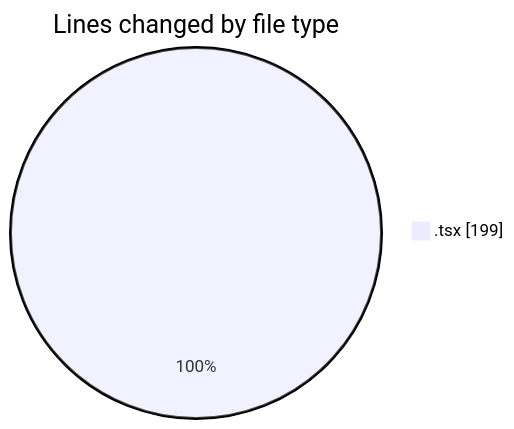
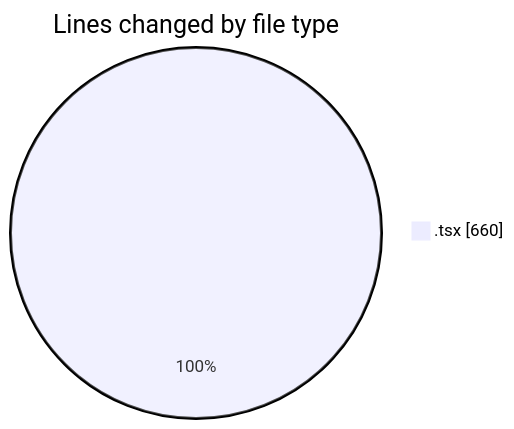
Before and after one commit to julien-gomy/code-tracking: the first of 2 diagrams in 2025-10-17/eventscop-frontend-guide__workspace_/README.md, drawn with Mermaid. The commit also changed other lines of this file and 1 other file, not shown here.

````diff
--- a/2025-10-17/eventscop-frontend-guide__workspace_/README.md
+++ b/2025-10-17/eventscop-frontend-guide__workspace_/README.md
@@ -23,5 +24,5 @@
 ```mermaid
 pie showData
 title Lines changed by file type
-".tsx" : 199
+".tsx" : 660
 ```
````
